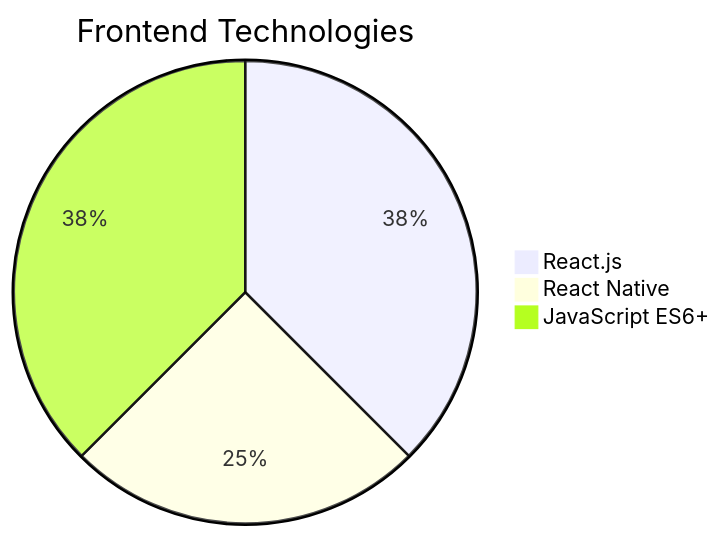
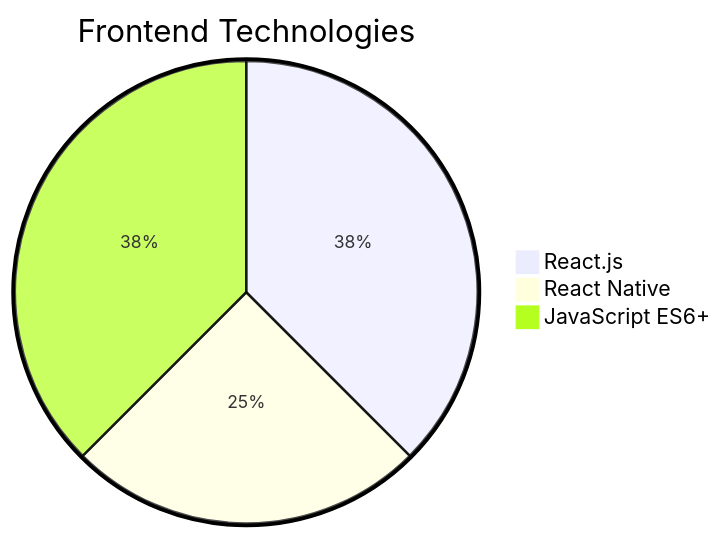
One commit to nfcdjobo/nfcdjobo changed the first of 3 diagrams in README.md. Above: the diagram before and after it, drawn with Mermaid. The commit also changed other lines of this file, not shown here.

````diff
--- a/README.md
+++ b/README.md
@@ -27,7 +27,7 @@
 ```mermaid
-%%{init: {'pie': {'textPosition': 0.75}, 'themeVariables': {'pieOuterStrokeWidth': '2px'}}}%%
+%%{init: {'pie': {'textPosition': 0.5}, 'themeVariables': {'pieOuterStrokeWidth': '3px', 'pieSectionTextSize': '14px'}}}%%
 pie title Frontend Technologies
     "React.js" : 37.5
     "React Native" : 25
     "JavaScript ES6+" : 37.5
 ```
````
